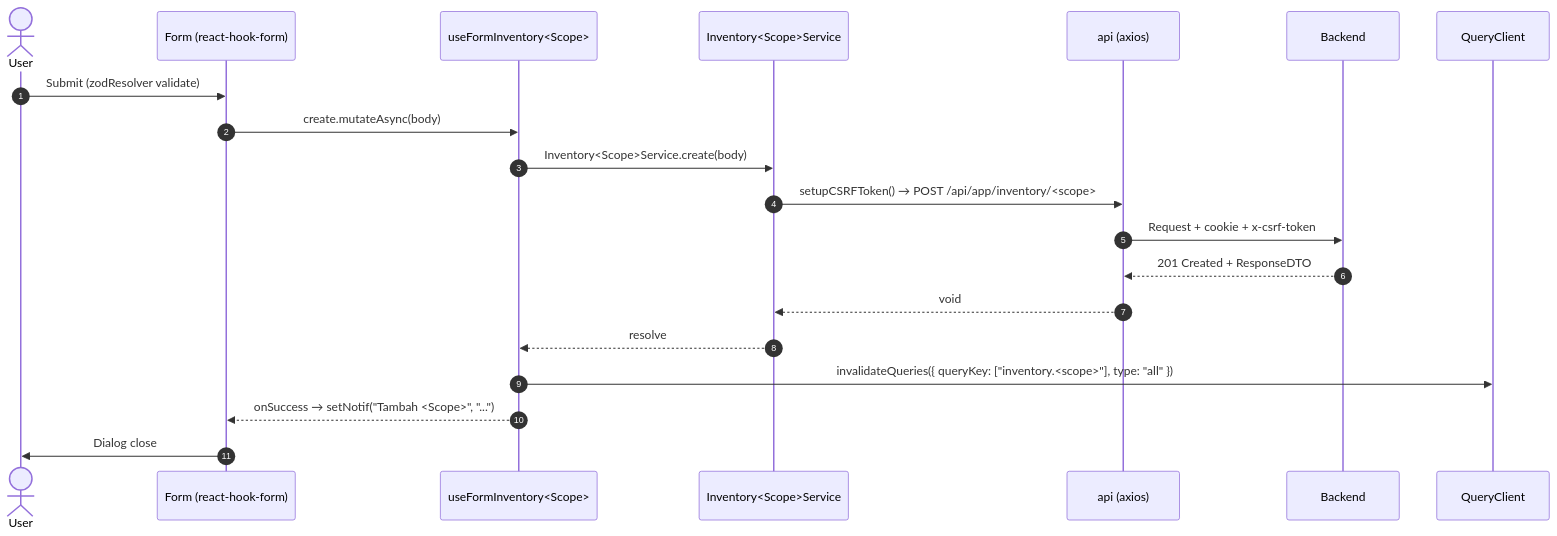
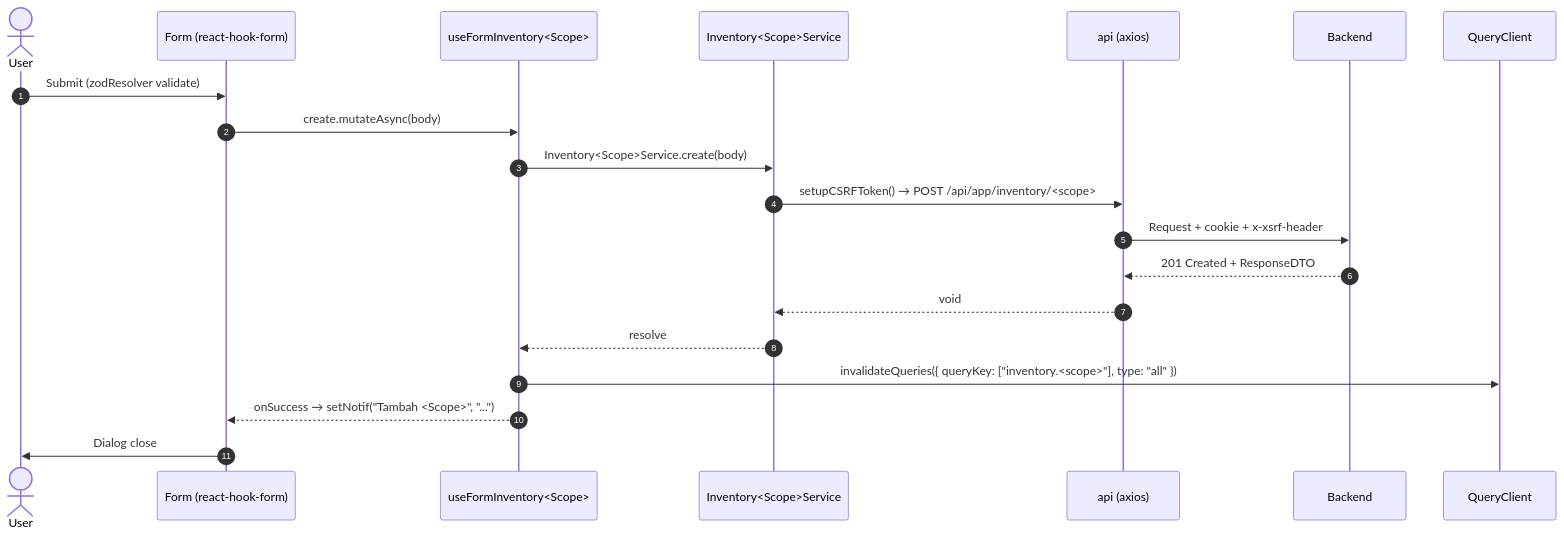
Before and after one commit to mikaeladityan/mandalika-api-v2: the first of 5 diagrams in docs/modules/inventory/frontend-integration.md, drawn with Mermaid. The commit also changed other lines of this file and 27 other files, not shown here.

First line of the commit message:
refactor: update RM and FG schemas to remove legacy fields and improve supplier handling

````diff
--- a/docs/modules/inventory/frontend-integration.md
+++ b/docs/modules/inventory/frontend-integration.md
@@ -359,23 +359,23 @@
 ```mermaid
 sequenceDiagram
     autonumber
     actor U as User
     participant F as Form (react-hook-form)
     participant H as useFormInventory<Scope>
     participant S as Inventory<Scope>Service
     participant A as api (axios)
     participant BE as Backend
     participant Q as QueryClient
 
     U->>F: Submit (zodResolver validate)
     F->>H: create.mutateAsync(body)
     H->>S: Inventory<Scope>Service.create(body)
     S->>A: setupCSRFToken() → POST /api/app/inventory/<scope>
-    A->>BE: Request + cookie + x-csrf-token
+    A->>BE: Request + cookie + x-xsrf-header
     BE-->>A: 201 Created + ResponseDTO
     A-->>S: void
     S-->>H: resolve
     H->>Q: invalidateQueries({ queryKey: ["inventory.<scope>"], type: "all" })
     H-->>F: onSuccess → setNotif("Tambah <Scope>", "...")
     F->>U: Dialog close
 ```
````
